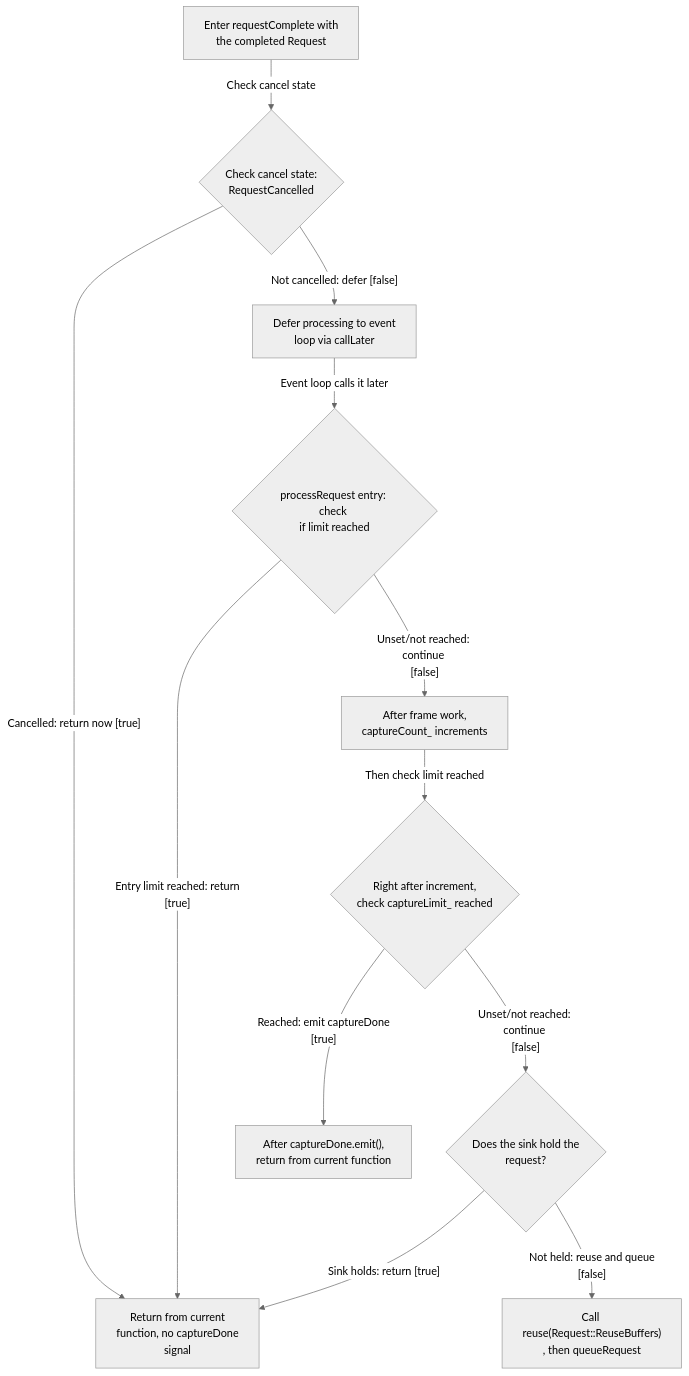
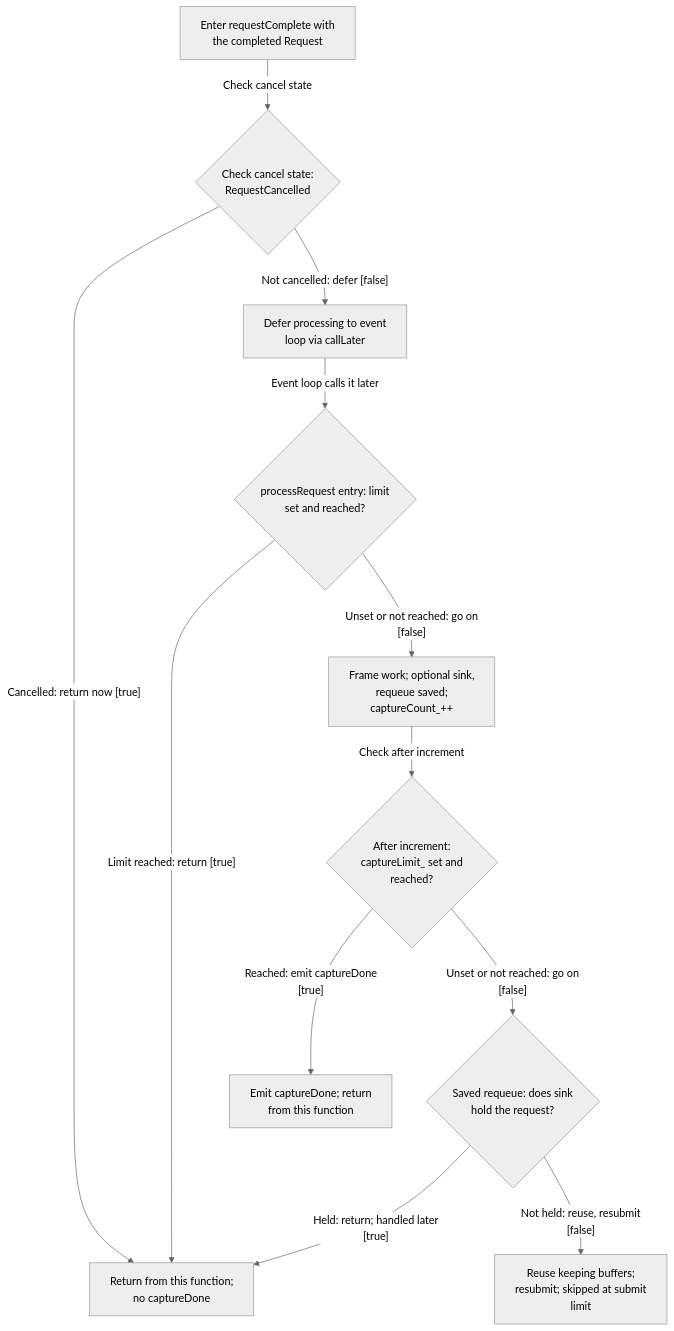
Before and after one commit to TTolsun/libcamera-sdd: the diagram in docs/en/official-cam-validation.completion-flow.mmd, drawn with Mermaid (neutral theme). The commit also changed 382 other files, not shown here.

Commit message:
Explain virtual capture through real buffers and ordered callbacks

```diff
--- a/docs/en/official-cam-validation.completion-flow.mmd
+++ b/docs/en/official-cam-validation.completion-flow.mmd
@@ -1,23 +1,23 @@
 flowchart TB
 
   v_n0["Enter requestComplete with <br/>the completed Request"]
   v_n1{"Check cancel state: <br/>RequestCancelled"}
-  v_n2["Return from current <br/>function, no captureDone <br/>signal"]
+  v_n2["Return from this function; <br/>no captureDone"]
   v_n3["Defer processing to event <br/>loop via callLater"]
-  v_n4{"processRequest entry: check <br/>if limit reached"}
-  v_n5["After frame work, <br/>captureCount_ increments"]
-  v_n6{"Right after increment, <br/>check captureLimit_ reached"}
-  v_n7["After captureDone.emit(), <br/>return from current function"]
-  v_n8{"Does the sink hold the <br/>request?"}
-  v_n9["Call <br/>reuse(Request::ReuseBuffers)<br/>, then queueRequest"]
+  v_n4{"processRequest entry: limit <br/>set and reached?"}
+  v_n5["Frame work; optional sink, <br/>requeue saved; <br/>captureCount_++"]
+  v_n6{"After increment: <br/>captureLimit_ set and <br/>reached?"}
+  v_n7["Emit captureDone; return <br/>from this function"]
+  v_n8{"Saved requeue: does sink <br/>hold the request?"}
+  v_n9["Reuse keeping buffers; <br/>resubmit; skipped at submit <br/>limit"]
   v_n0 -->|"Check cancel state"| v_n1
   v_n1 -->|"Cancelled: return now [true]"| v_n2
   v_n1 -->|"Not cancelled: defer [false]"| v_n3
   v_n3 -->|"Event loop calls it later"| v_n4
-  v_n4 -->|"Entry limit reached: return <br/>[true]"| v_n2
-  v_n4 -->|"Unset/not reached: continue <br/>[false]"| v_n5
-  v_n5 -->|"Then check limit reached"| v_n6
+  v_n4 -->|"Limit reached: return [true]"| v_n2
+  v_n4 -->|"Unset or not reached: go on <br/>[false]"| v_n5
+  v_n5 -->|"Check after increment"| v_n6
   v_n6 -->|"Reached: emit captureDone <br/>[true]"| v_n7
-  v_n6 -->|"Unset/not reached: continue <br/>[false]"| v_n8
-  v_n8 -->|"Sink holds: return [true]"| v_n2
-  v_n8 -->|"Not held: reuse and queue <br/>[false]"| v_n9
+  v_n6 -->|"Unset or not reached: go on <br/>[false]"| v_n8
+  v_n8 -->|"Held: return; handled later <br/>[true]"| v_n2
+  v_n8 -->|"Not held: reuse, resubmit <br/>[false]"| v_n9
```
